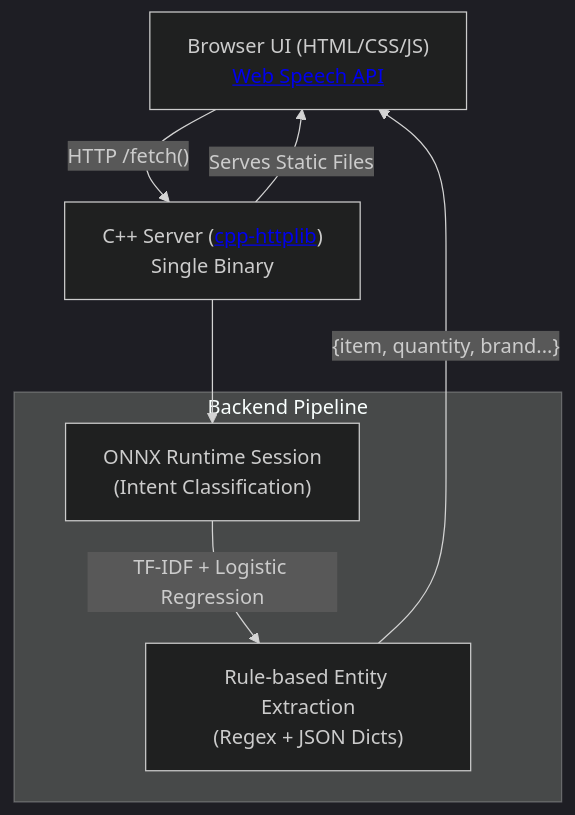
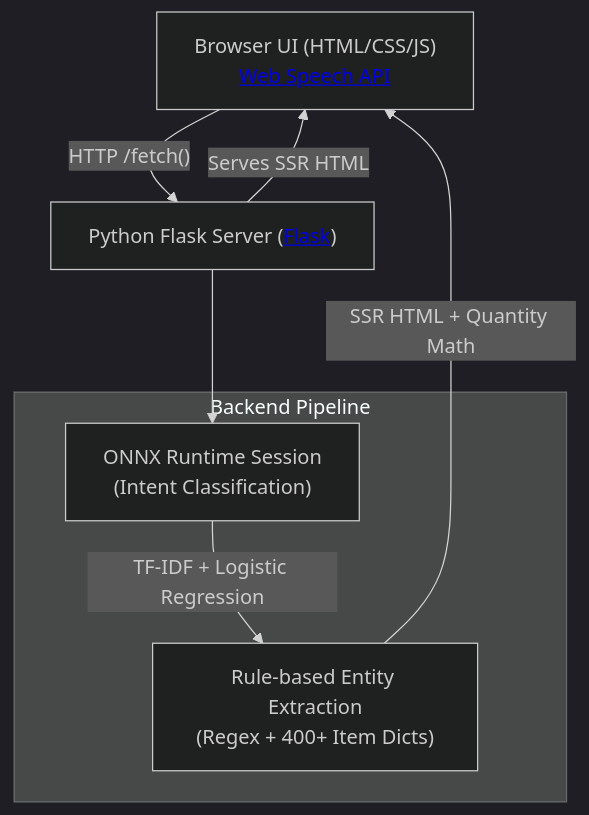
One commit to AnshumanJ28/F.A.B.U.L.I.N.U.S changed the diagram in README.md. Above: the diagram before and after it, drawn with Mermaid (dark theme). The commit also changed other lines of this file and 14 other files, not shown here.

Commit message:
Migrate to Python Flask + ONNX, expand dictionaries to 400+ items, add unit conversion, and polish UI

````diff
--- a/README.md
+++ b/README.md
@@ -37,17 +38,17 @@
 ```mermaid
 graph TD
     Client["Browser UI (HTML/CSS/JS)<br/><a href='https://developer.mozilla.org/en-US/docs/Web/API/Web_Speech_API'>Web Speech API</a>"]
-    Server["C++ Server (<a href='https://github.com/yhirose/cpp-httplib'>cpp-httplib</a>)<br/>Single Binary"]
+    Server["Python Flask Server (<a href='https://flask.palletsprojects.com/'>Flask</a>)"]
     
     Client -- "HTTP /fetch()" --> Server
-    Server -- "Serves Static Files" --> Client
+    Server -- "Serves SSR HTML" --> Client
     
     subgraph Backend Pipeline
         ONNX["ONNX Runtime Session<br/>(Intent Classification)"]
-        Rules["Rule-based Entity Extraction<br/>(Regex + JSON Dicts)"]
+        Rules["Rule-based Entity Extraction<br/>(Regex + 400+ Item Dicts)"]
     end
     
     Server --> ONNX
     ONNX -- "TF-IDF + Logistic Regression" --> Rules
-    Rules -- "{item, quantity, brand...}" --> Client
+    Rules -- "SSR HTML + Quantity Math" --> Client
 ```
````
